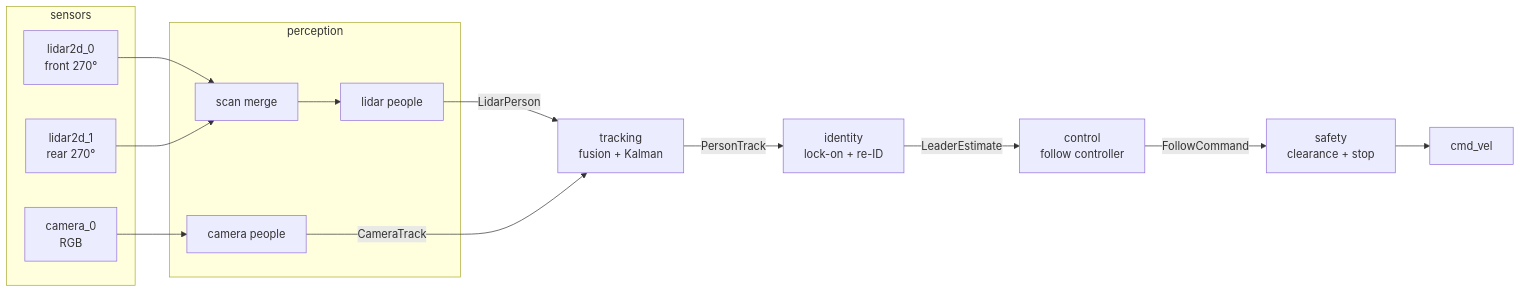
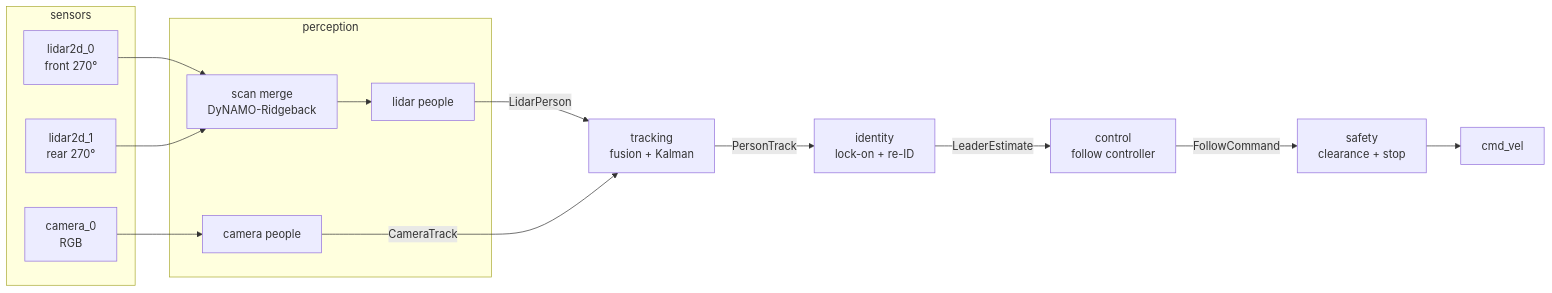
Before and after one commit to Cognitive-Software-Labs/OmTrackVLA: the first of 2 diagrams in docs/ARCHITECTURE.md, drawn with Mermaid. The commit also changed other lines of this file and 3 other files, not shown here.

Commit message:
Reuse the DyNAMO-Ridgeback scan merge for the 360° lidar view

````diff
--- a/docs/ARCHITECTURE.md
+++ b/docs/ARCHITECTURE.md
@@ -7,22 +7,22 @@
 ```mermaid
 flowchart LR
     subgraph sensors
         L0[lidar2d_0<br/>front 270°]
         L1[lidar2d_1<br/>rear 270°]
         C[camera_0<br/>RGB]
     end
     subgraph perception
-        M[scan merge]
+        M[scan merge<br/>DyNAMO-Ridgeback]
         LP[lidar people]
         CP[camera people]
     end
     L0 --> M --> LP
     L1 --> M
     C --> CP
     LP -- LidarPerson --> T[tracking<br/>fusion + Kalman]
     CP -- CameraTrack --> T
     T -- PersonTrack --> I[identity<br/>lock-on + re-ID]
     I -- LeaderEstimate --> K[control<br/>follow controller]
     K -- FollowCommand --> S[safety<br/>clearance + stop]
     S --> V[cmd_vel]
 ```
````
